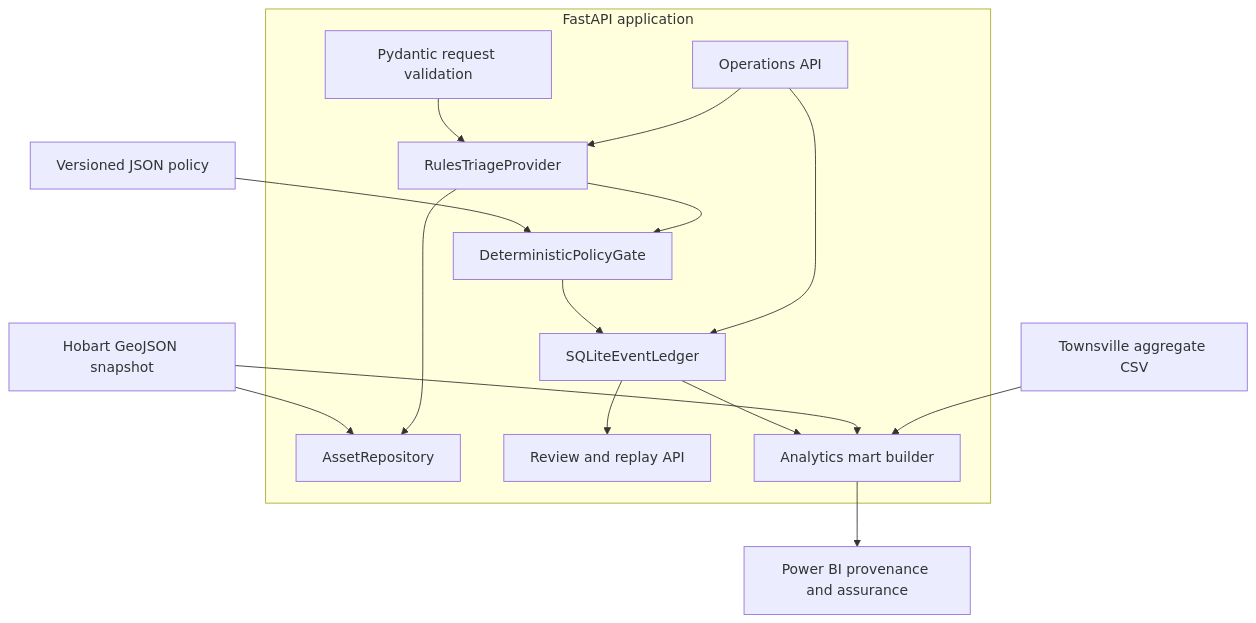
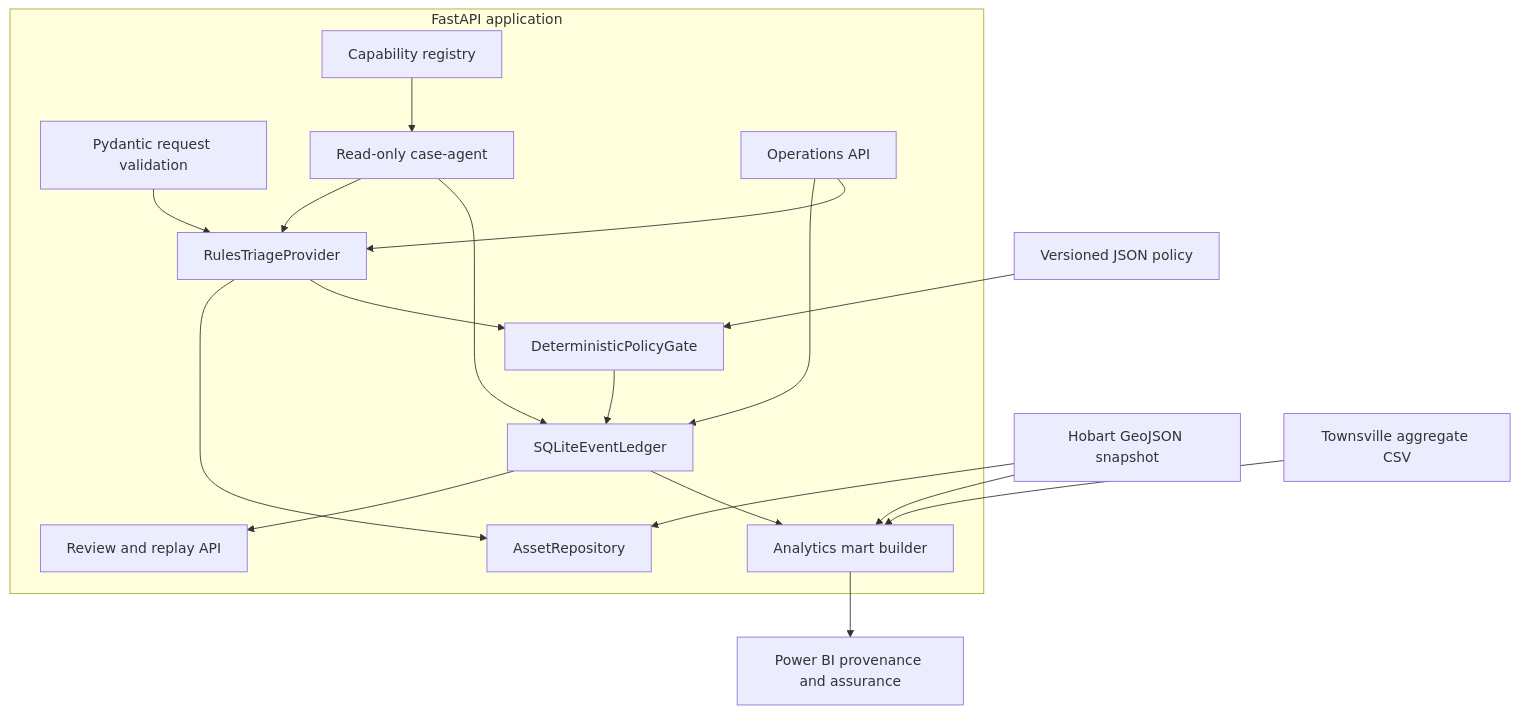
Before and after one commit to Zeeekrom/rivulet-localops: the first of 2 diagrams in docs/TECHNICAL_ARCHITECTURE.md, drawn with Mermaid. The commit also changed other lines of this file and 20 other files, not shown here.

Commit message:
feat: publish v0.6.0 bounded case-agent controls

````diff
--- a/docs/TECHNICAL_ARCHITECTURE.md
+++ b/docs/TECHNICAL_ARCHITECTURE.md
@@ -18,29 +19,34 @@
 ```mermaid
 flowchart TB
     subgraph API[FastAPI application]
         V[Pydantic request validation]
         T[RulesTriageProvider]
         A[AssetRepository]
         G[DeterministicPolicyGate]
         E[SQLiteEventLedger]
+    C[Capability registry]
+    B[Read-only case-agent]
     R[Review and replay API]
     O[Operations API]
     M[Analytics mart builder]
     end
 
     P[Power BI provenance and assurance]
 
     J[Versioned JSON policy] --> G
     H[Hobart GeoJSON snapshot] --> A
     V --> T
+    C --> B
+    B --> T
+    B --> E
     T --> A
     T --> G
     G --> E
     E --> R
     O --> E
     O --> T
     E --> M
     H --> M
     X[Townsville aggregate CSV] --> M
     M --> P
 ```
````
